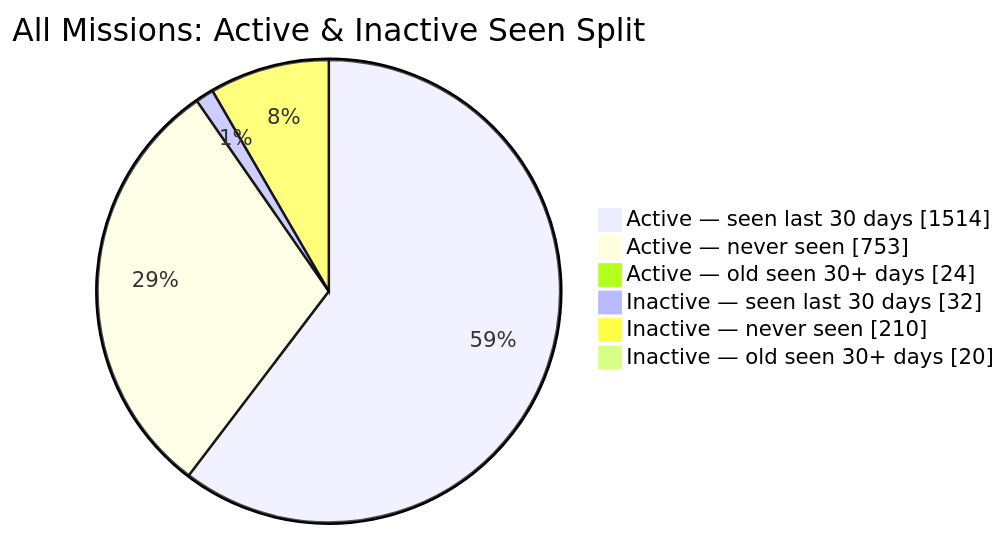
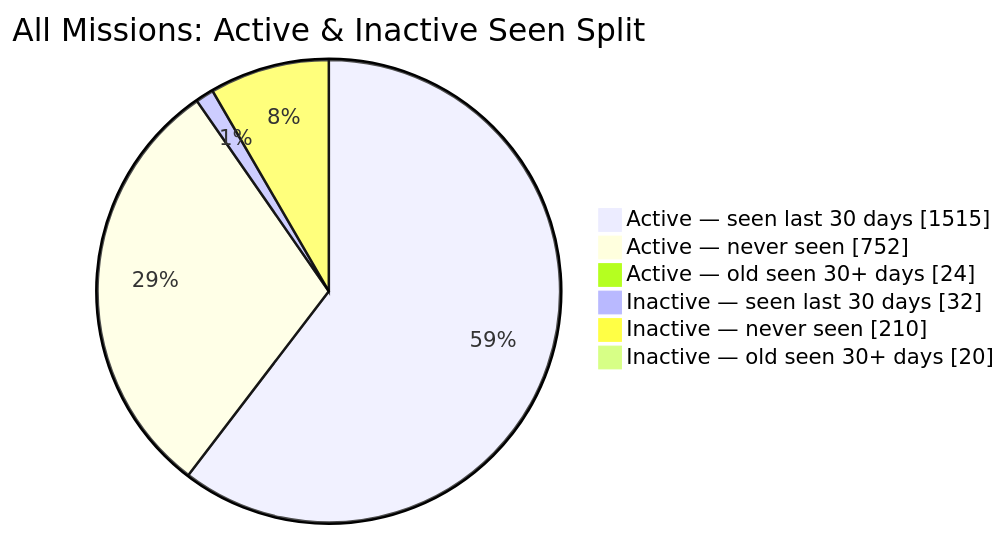
Before and after one commit to MeldkamerspelGameTeam/active-missions: the second of 2 diagrams in README.md, drawn with Mermaid. The commit also changed other lines of this file and 3 other files, not shown here.

````diff
--- a/README.md
+++ b/README.md
@@ -44,10 +44,10 @@
 ```mermaid
 pie showData
     title All Missions: Active & Inactive Seen Split
-    "Active — seen last 30 days" : 1514
-    "Active — never seen" : 753
+    "Active — seen last 30 days" : 1515
+    "Active — never seen" : 752
     "Active — old seen 30+ days" : 24
     "Inactive — seen last 30 days" : 32
     "Inactive — never seen" : 210
     "Inactive — old seen 30+ days" : 20
 ```
````
